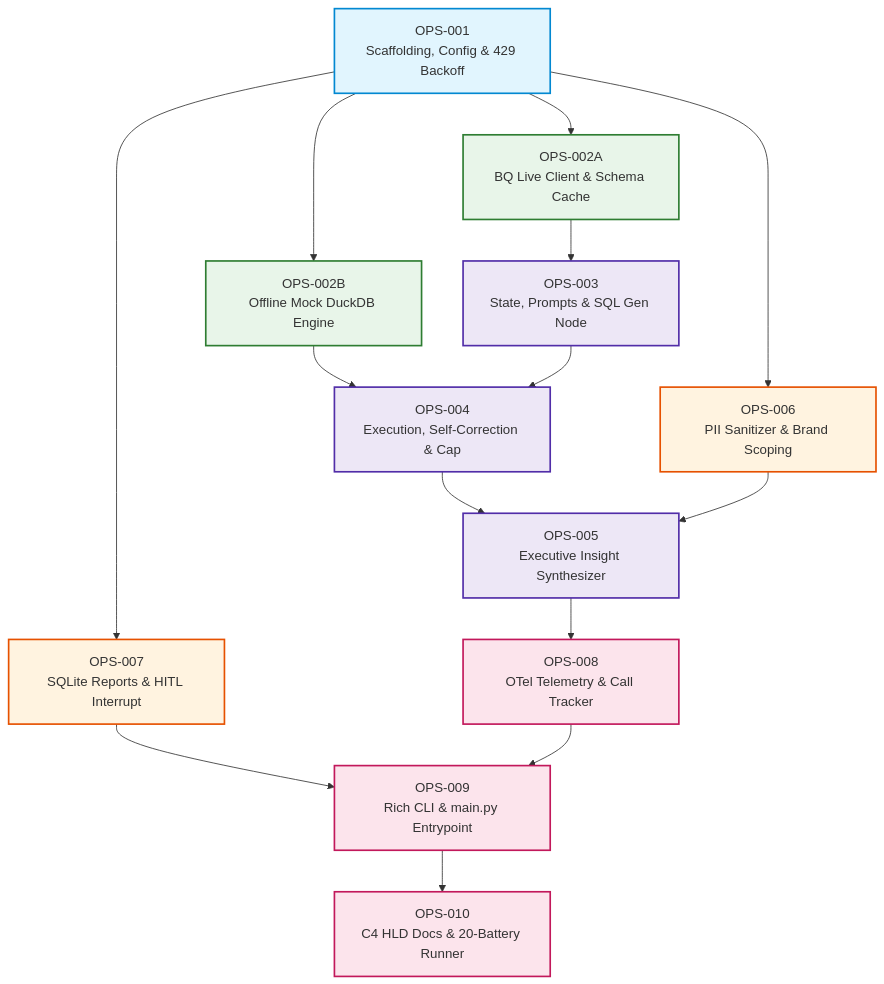
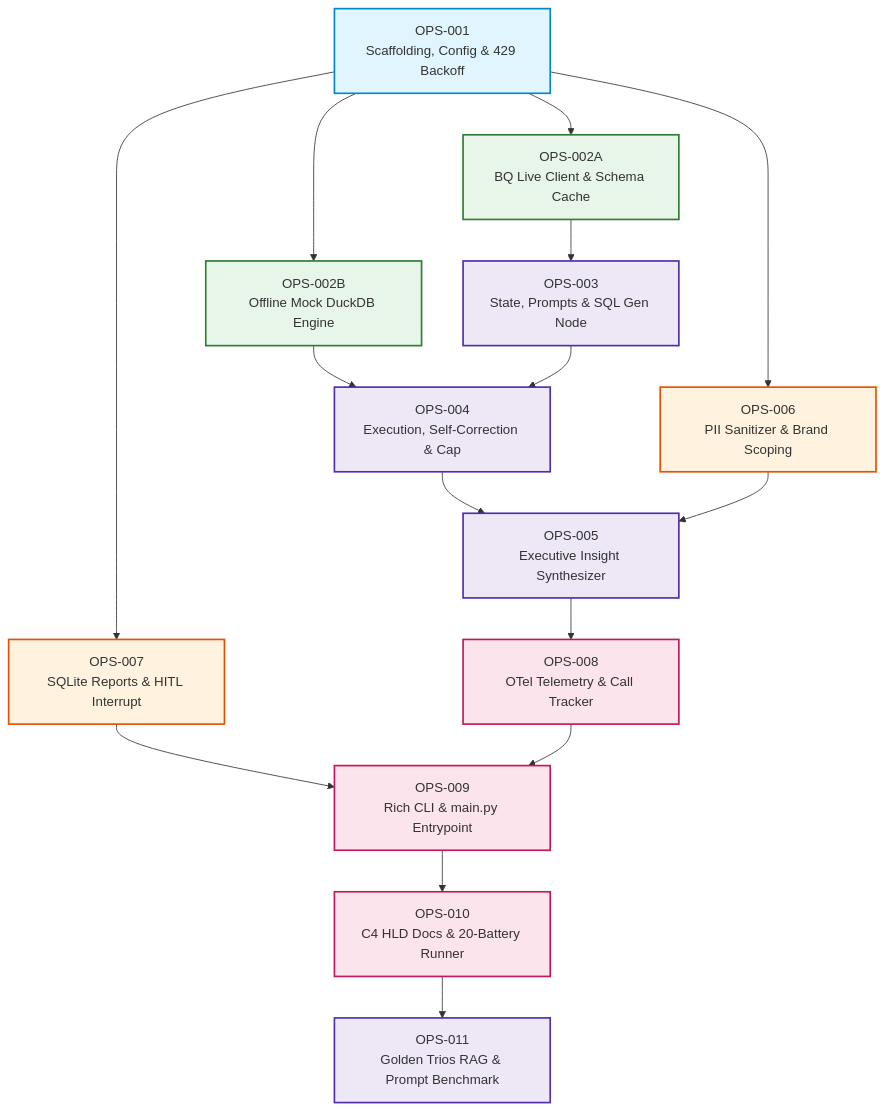
Before and after one commit to rudolfo-felix/opsfleet-rudolfo-felix: the diagram in tickets/README.md, drawn with Mermaid. The commit also changed other lines of this file and 21 other files, not shown here.

Commit message:
OPS-011 feat: golden trios knowledge retrieval, prompt accuracy frontier benchmark and BigQueryRunner export

````diff
--- a/tickets/README.md
+++ b/tickets/README.md
@@ -29,39 +30,41 @@
 ```mermaid
 flowchart TD
     classDef scaffold fill:#e1f5fe,stroke:#0288d1,stroke-width:2px;
     classDef data fill:#e8f5e9,stroke:#2e7d32,stroke-width:2px;
     classDef brain fill:#ede7f6,stroke:#512da8,stroke-width:2px;
     classDef security fill:#fff3e0,stroke:#e65100,stroke-width:2px;
     classDef delivery fill:#fce4ec,stroke:#c2185b,stroke-width:2px;
 
     OPS001["OPS-001\nScaffolding, Config & 429 Backoff"]:::scaffold
     
     OPS002A["OPS-002A\nBQ Live Client & Schema Cache"]:::data
     OPS002B["OPS-002B\nOffline Mock DuckDB Engine"]:::data
     OPS006["OPS-006\nPII Sanitizer & Brand Scoping"]:::security
     OPS007["OPS-007\nSQLite Reports & HITL Interrupt"]:::security
 
     OPS003["OPS-003\nState, Prompts & SQL Gen Node"]:::brain
     OPS004["OPS-004\nExecution, Self-Correction & Cap"]:::brain
     OPS005["OPS-005\nExecutive Insight Synthesizer"]:::brain
 
     OPS008["OPS-008\nOTel Telemetry & Call Tracker"]:::delivery
     OPS009["OPS-009\nRich CLI & main.py Entrypoint"]:::delivery
     OPS010["OPS-010\nC4 HLD Docs & 20-Battery Runner"]:::delivery
+    OPS011["OPS-011\nGolden Trios RAG & Prompt Benchmark"]:::brain
 
     OPS001 --> OPS002A
     OPS001 --> OPS002B
     OPS001 --> OPS006
     OPS001 --> OPS007
 
     OPS002A --> OPS003
     OPS002B --> OPS004
     OPS003 --> OPS004
     OPS004 --> OPS005
     OPS006 --> OPS005
 
     OPS005 --> OPS008
     OPS007 --> OPS009
     OPS008 --> OPS009
     OPS009 --> OPS010
+    OPS010 --> OPS011
 ```
````
